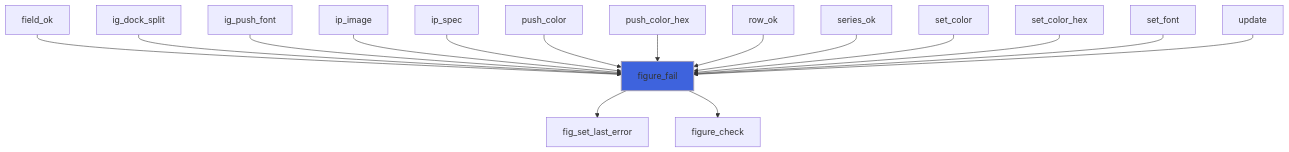
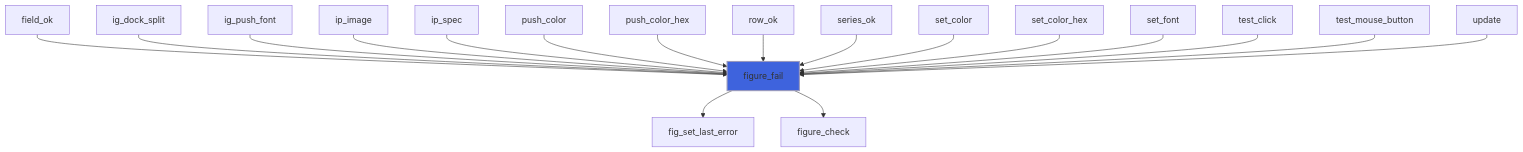
Before and after one commit to szaghi/figure: the third of 5 diagrams in docs/api/src/lib/figure_base.md, drawn with Mermaid. The commit also changed other lines of this file and 18 other files, not shown here.

````diff
--- a/docs/api/src/lib/figure_base.md
+++ b/docs/api/src/lib/figure_base.md
@@ -118,19 +127,21 @@
 ```mermaid
 flowchart TD
   field_ok["field_ok"] --> figure_fail["figure_fail"]
   ig_dock_split["ig_dock_split"] --> figure_fail["figure_fail"]
   ig_push_font["ig_push_font"] --> figure_fail["figure_fail"]
   ip_image["ip_image"] --> figure_fail["figure_fail"]
   ip_spec["ip_spec"] --> figure_fail["figure_fail"]
   push_color["push_color"] --> figure_fail["figure_fail"]
   push_color_hex["push_color_hex"] --> figure_fail["figure_fail"]
   row_ok["row_ok"] --> figure_fail["figure_fail"]
   series_ok["series_ok"] --> figure_fail["figure_fail"]
   set_color["set_color"] --> figure_fail["figure_fail"]
   set_color_hex["set_color_hex"] --> figure_fail["figure_fail"]
   set_font["set_font"] --> figure_fail["figure_fail"]
+  test_click["test_click"] --> figure_fail["figure_fail"]
+  test_mouse_button["test_mouse_button"] --> figure_fail["figure_fail"]
   update["update"] --> figure_fail["figure_fail"]
   figure_fail["figure_fail"] --> fig_set_last_error["fig_set_last_error"]
   figure_fail["figure_fail"] --> figure_check["figure_check"]
   style figure_fail fill:#3e63dd,stroke:#99b,stroke-width:2px
 ```
````
